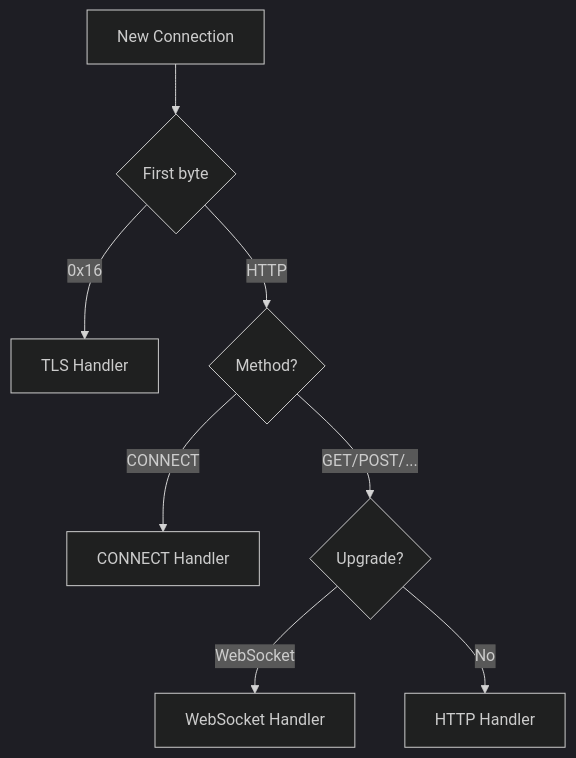
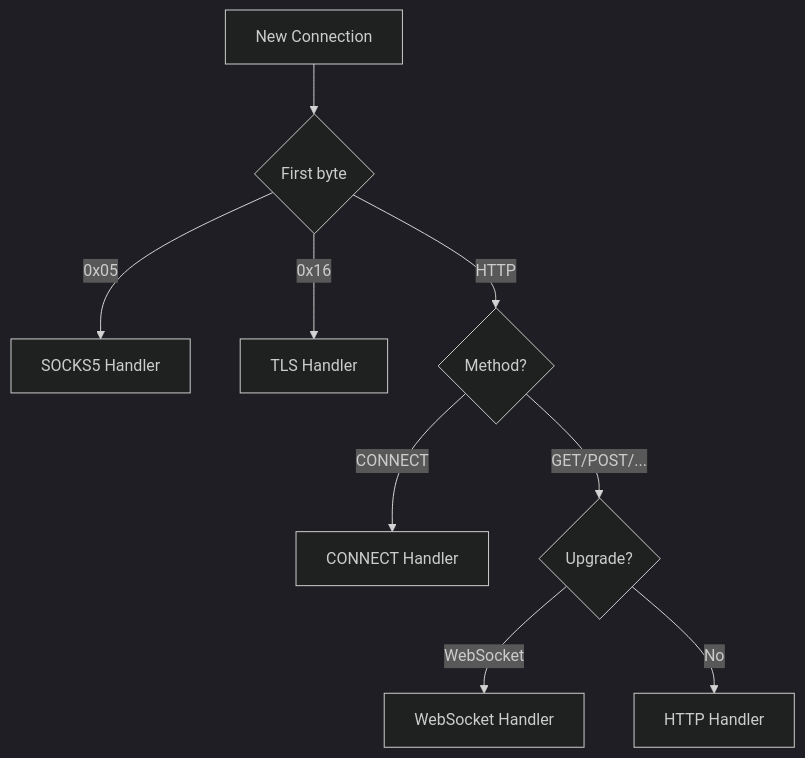
Before and after one commit to davidolrik/subspace: the diagram in docs/reference/connection-handling.md, drawn with Mermaid (dark theme). The commit also changed other lines of this file and 6 other files, not shown here.

````diff
--- a/docs/reference/connection-handling.md
+++ b/docs/reference/connection-handling.md
@@ -9,10 +9,11 @@
 ```mermaid
 flowchart TD
     A[New Connection] --> B{First byte}
+    B -->|0x05| S[SOCKS5 Handler]
     B -->|0x16| C[TLS Handler]
     B -->|HTTP| D{Method?}
     D -->|CONNECT| E[CONNECT Handler]
     D -->|GET/POST/...| F{Upgrade?}
     F -->|WebSocket| G[WebSocket Handler]
     F -->|No| H[HTTP Handler]
 ```
````
